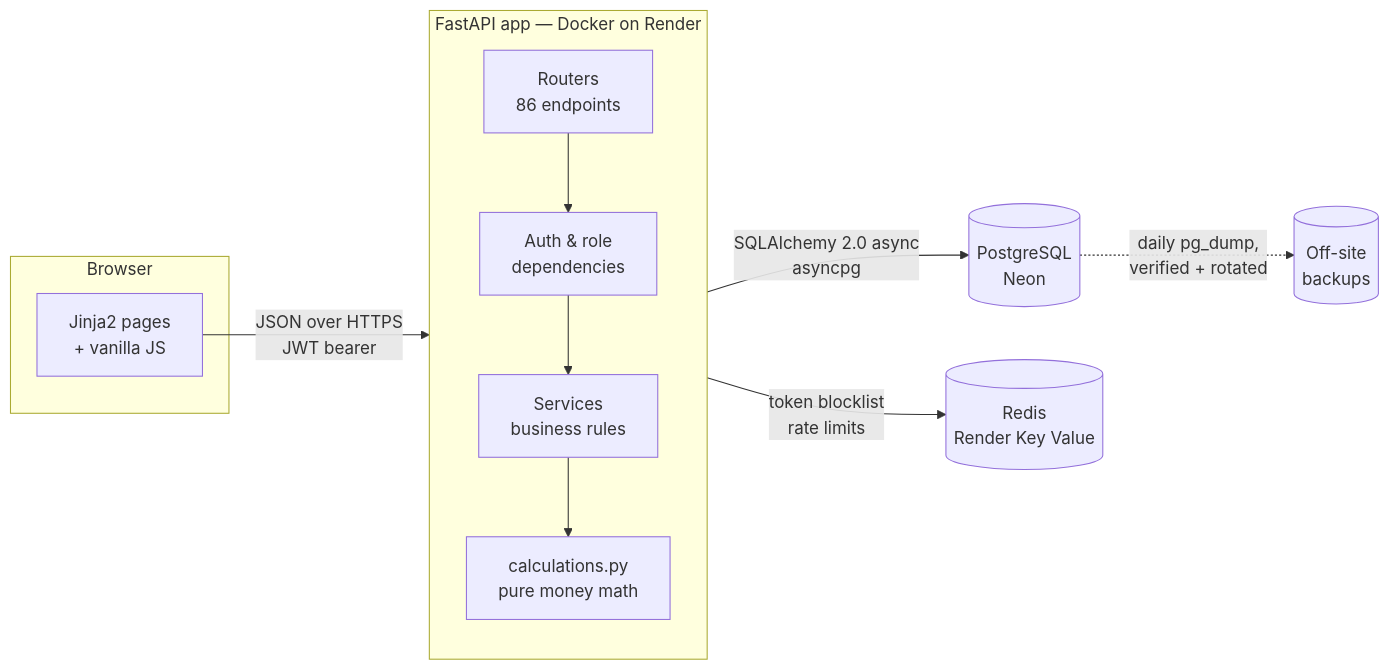
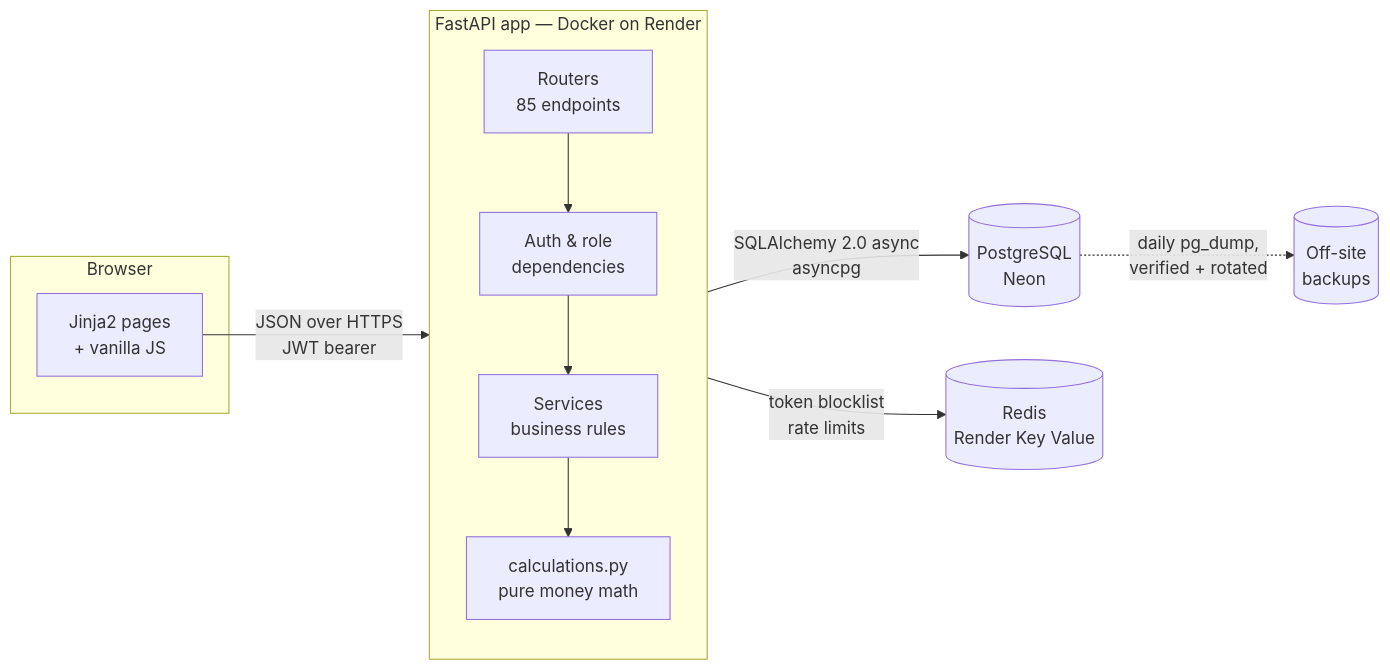
One commit to Aminovich7/clinic-crm-showcase changed the diagram in README.md. Above: the diagram before and after it, drawn with Mermaid. The commit also changed other lines of this file, not shown here.

Commit message:
Correct the endpoint count to 85

````diff
--- a/README.md
+++ b/README.md
@@ -87,18 +87,18 @@
 ```mermaid
 flowchart LR
     subgraph Client["Browser"]
         UI["Jinja2 pages<br/>+ vanilla JS"]
     end
 
     subgraph App["FastAPI app — Docker on Render"]
         direction TB
-        R["Routers<br/>86 endpoints"] --> D["Auth & role<br/>dependencies"]
+        R["Routers<br/>85 endpoints"] --> D["Auth & role<br/>dependencies"]
         D --> S["Services<br/>business rules"]
         S --> C["calculations.py<br/>pure money math"]
     end
 
     UI -- "JSON over HTTPS<br/>JWT bearer" --> R
     S -- "SQLAlchemy 2.0 async<br/>asyncpg" --> PG[("PostgreSQL<br/>Neon")]
     D -- "token blocklist<br/>rate limits" --> RD[("Redis<br/>Render Key Value")]
     PG -. "daily pg_dump,<br/>verified + rotated" .-> BK[("Off-site<br/>backups")]
 ```
````
